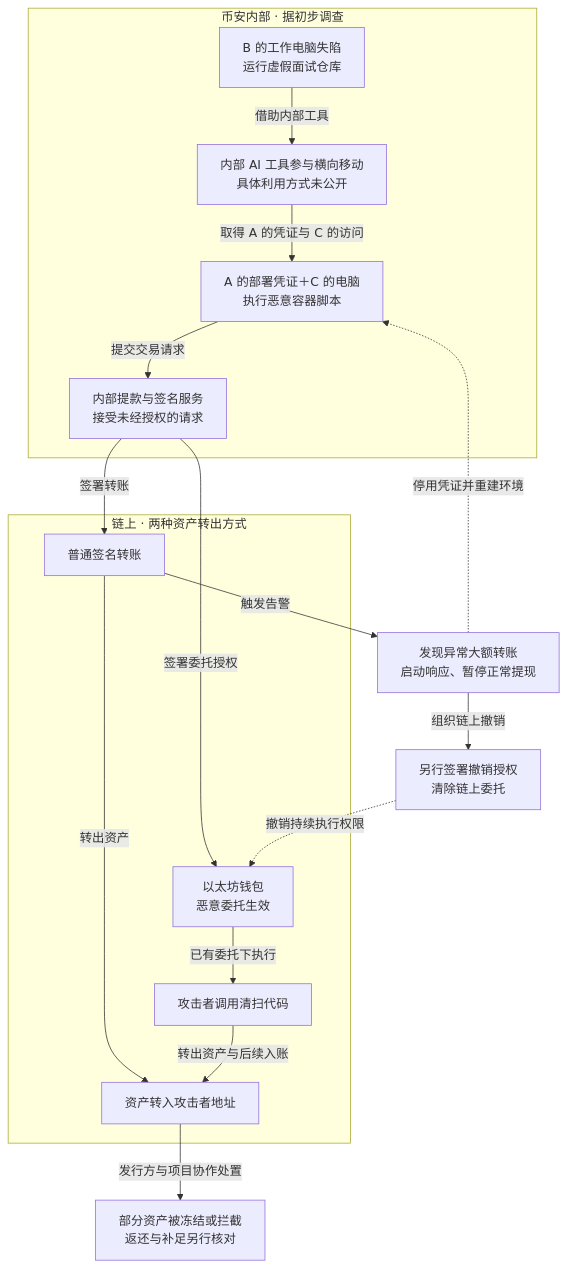
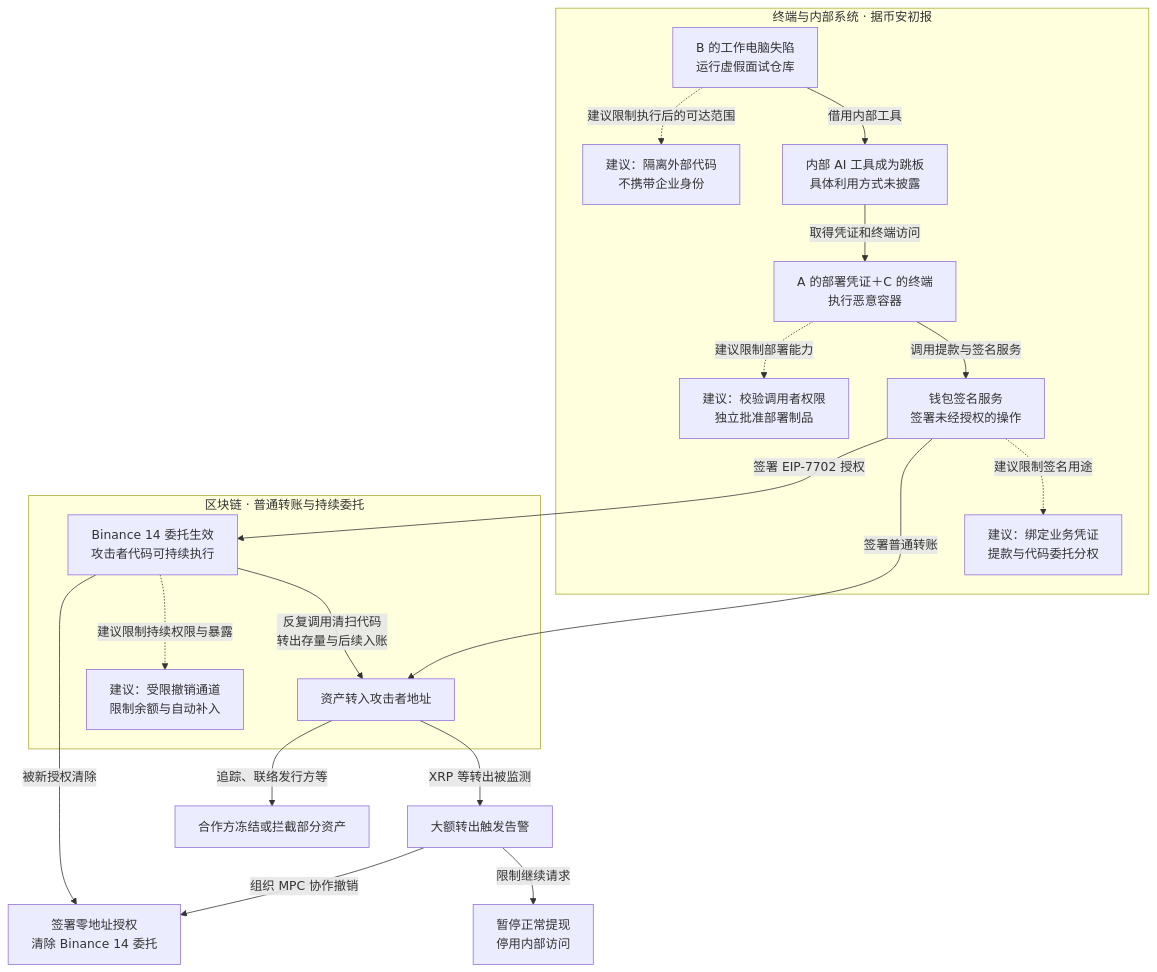
Before and after one commit to FeeiCN/FEEI.CN: the diagram in docs/01-网络安全/01-网络空间安全/01-安全威胁/01-历史攻击事件/2026-币安热钱包63亿美金被盗安全事件分析.md, drawn with Mermaid. The commit also changed other lines of this file and 21 other files, not shown here.

````diff
--- a/docs/01-网络安全/01-网络空间安全/01-安全威胁/01-历史攻击事件/2026-币安热钱包63亿美金被盗安全事件分析.md
+++ b/docs/01-网络安全/01-网络空间安全/01-安全威胁/01-历史攻击事件/2026-币安热钱包63亿美金被盗安全事件分析.md
@@ -63,35 +18,41 @@
 ```mermaid
 flowchart TB
-  accTitle: 币安热钱包事件：内部权限如何通向资产转出
-  accDescr: 据币安初报，工程师 B 的工作电脑经虚假面试仓库失陷，攻击者借内部 AI 工具取得 A 的部署凭证和 C 的电脑访问，再部署恶意容器并滥用提款与签名服务。链上分为普通转账和以太坊持续委托两条路径。异常转账触发响应；停用内部访问、清除链上委托与冻结资产作用于不同对象。AI 工具具体利用方式及内部校验细节未公开。
-  subgraph internal["币安内部 · 据初步调查"]
+  accTitle: 币安攻击链、实际处置与建议阻断点
+  accDescr: 虚假面试仓库使 B 的工作电脑失陷，攻击者借内部 AI 工具取得 A 的部署凭证与 C 的终端访问，再部署恶意容器并滥用钱包签名。普通转账直接转出资产，EIP-7702 委托则允许反复清扫及后续入账转出。大额转出触发告警，币安暂停提现、停用访问并协作撤销委托，合作方冻结部分资产。点线只连接本文建议的阻断措施。
+  subgraph internal["终端与内部系统 · 据币安初报"]
     b["B 的工作电脑失陷<br/>运行虚假面试仓库"]
-    ai["内部 AI 工具参与横向移动<br/>具体利用方式未公开"]
-    deploy["A 的部署凭证＋C 的电脑<br/>执行恶意容器脚本"]
-    signer["内部提款与签名服务<br/>接受未经授权的请求"]
-    b -->|借助内部工具| ai
-    ai -->|取得 A 的凭证与 C 的访问| deploy
-    deploy -->|提交交易请求| signer
+    ai["内部 AI 工具成为跳板<br/>具体利用方式未披露"]
+    deploy["A 的部署凭证＋C 的终端<br/>执行恶意容器"]
+    signer["钱包签名服务<br/>签署未经授权的操作"]
+    b -->|借用内部工具| ai
+    ai -->|取得凭证和终端访问| deploy
+    deploy -->|调用提款与签名服务| signer
+  g1["建议：隔离外部代码<br/>不携带企业身份"]
+  g2["建议：校验调用者权限<br/>独立批准部署制品"]
+  g3["建议：绑定业务凭证<br/>提款与代码委托分权"]
+  b -. 建议限制执行后的可达范围 .-> g1
+  deploy -. 建议限制部署能力 .-> g2
+  signer -. 建议限制签名用途 .-> g3
   end
-  subgraph chain["链上 · 两种资产转出方式"]
-    transfer["普通签名转账"]
-    delegation["以太坊钱包<br/>恶意委托生效"]
-    sweep["攻击者调用清扫代码"]
+  subgraph chain["区块链 · 普通转账与持续委托"]
+    delegation["Binance 14 委托生效<br/>攻击者代码可持续执行"]
     assets["资产转入攻击者地址"]
-    transfer -->|转出资产| assets
-    delegation -->|已有委托下执行| sweep
-    sweep -->|转出资产与后续入账| assets
+    delegation -->|反复调用清扫代码<br/>转出存量与后续入账| assets
+  g4["建议：受限撤销通道<br/>限制余额与自动补入"]
+  delegation -. 建议限制持续权限与暴露 .-> g4
   end
-  signer -->|签署转账| transfer
-  signer -->|签署委托授权| delegation
-  alert["发现异常大额转账<br/>启动响应、暂停正常提现"]
-  clear["另行签署撤销授权<br/>清除链上委托"]
-  frozen["部分资产被冻结或拦截<br/>返还与补足另行核对"]
-  transfer -->|触发告警| alert
-  alert -. 停用凭证并重建环境 .-> deploy
-  alert -->|组织链上撤销| clear
-  clear -. 撤销持续执行权限 .-> delegation
-  assets -->|发行方与项目协作处置| frozen
-  class b,ai,deploy,signer,delegation,sweep main
-  class alert,clear,frozen response
+  signer -->|签署普通转账| assets
+  signer -->|签署 EIP-7702 授权| delegation
+  alert["大额转出触发告警"]
+  stop["暂停正常提现<br/>停用内部访问"]
+  clear["签署零地址授权<br/>清除 Binance 14 委托"]
+  frozen["合作方冻结或拦截部分资产"]
+  assets -->|XRP 等转出被监测| alert
+  alert -->|限制继续请求| stop
+  alert -->|组织 MPC 协作撤销| clear
+  delegation -->|被新授权清除| clear
+  assets -->|追踪、联络发行方等| frozen
+  class b,ai,deploy,signer,delegation,assets main
+  class alert,stop,clear,frozen response
+  class g1,g2,g3,g4 note
 ```
````
